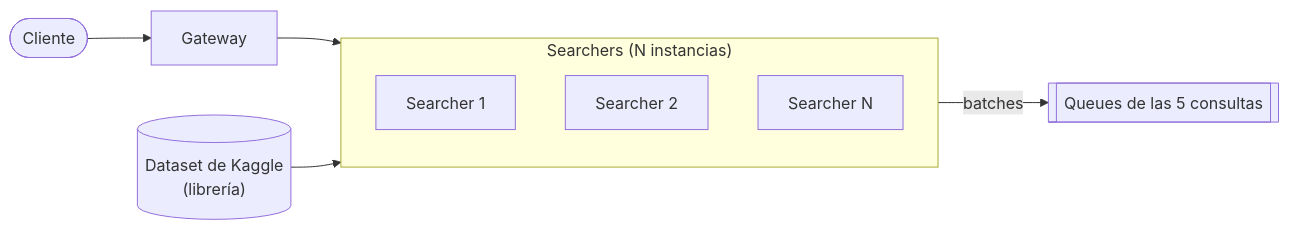
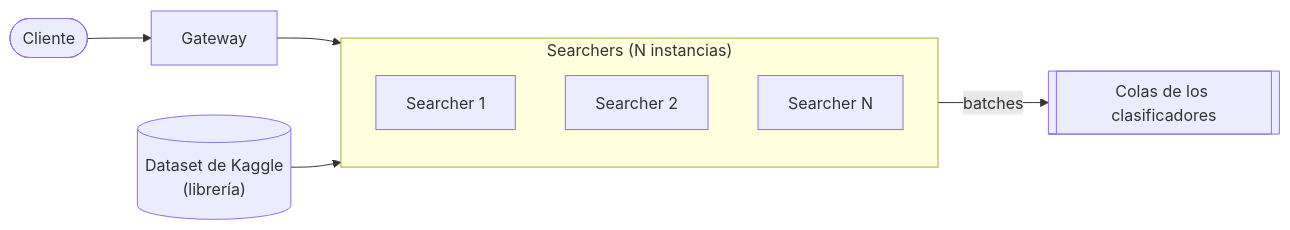
The fourth of 14 diagrams in diagramas/README.md (Cristobal710/tp-final-distribuidos), drawn with Mermaid before and after one commit. The commit also changed other lines of this file, not shown here.

````diff
--- a/diagramas/README.md
+++ b/diagramas/README.md
@@ -199,14 +148,14 @@
 ```mermaid
 flowchart LR
     C(["Cliente"]) --> GW["Gateway"]
     GW --> SEARCHERS
 
     subgraph SEARCHERS["Searchers (N instancias)"]
         S1["Searcher 1"]
         S2["Searcher 2"]
         SN["Searcher N"]
     end
 
     DS[("Dataset de Kaggle<br/>(librería)")] --> SEARCHERS
-    SEARCHERS -- "batches" --> QS[["Queues de las 5 consultas"]]
+    SEARCHERS -- "batches" --> QS[["Colas de los clasificadores"]]
 ```
````
